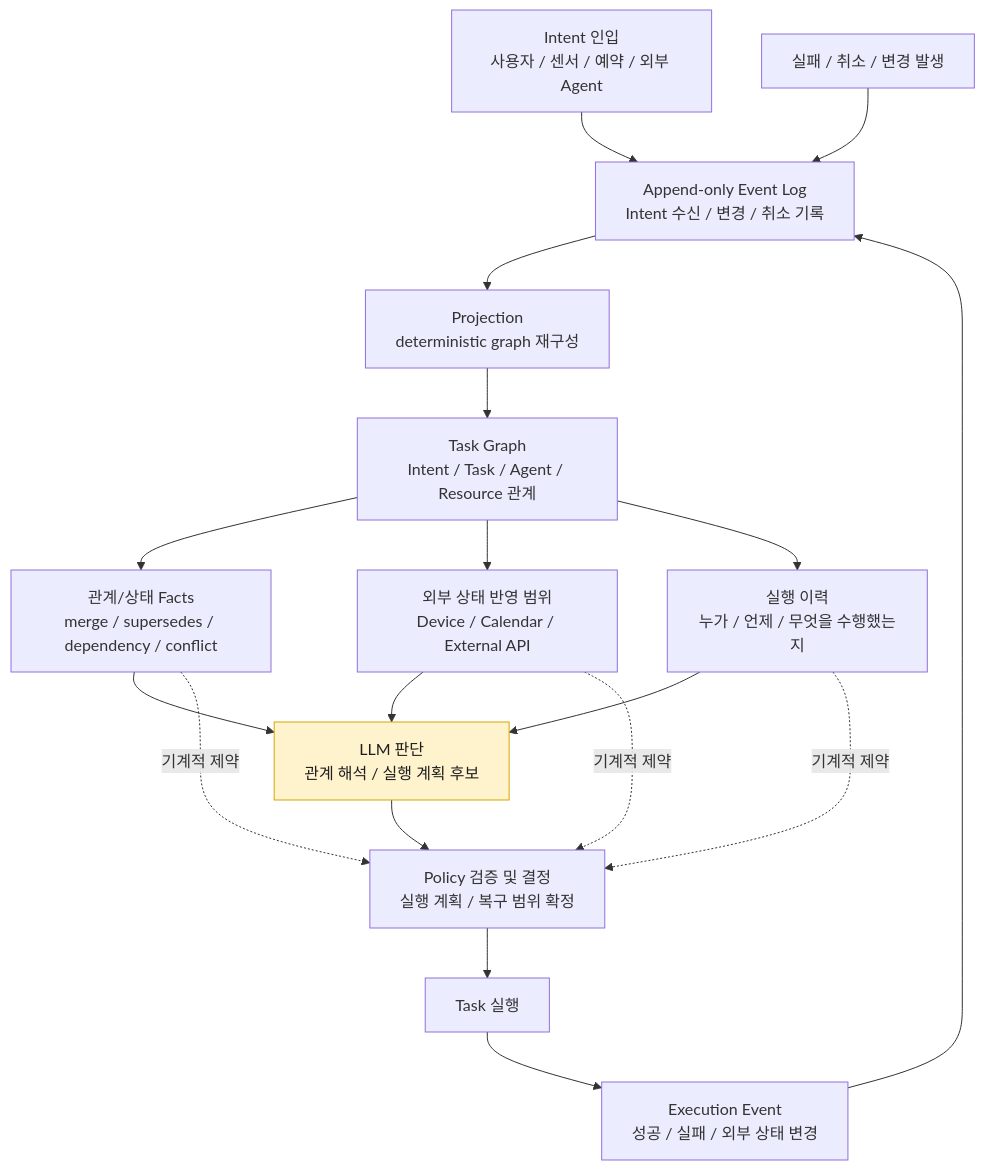
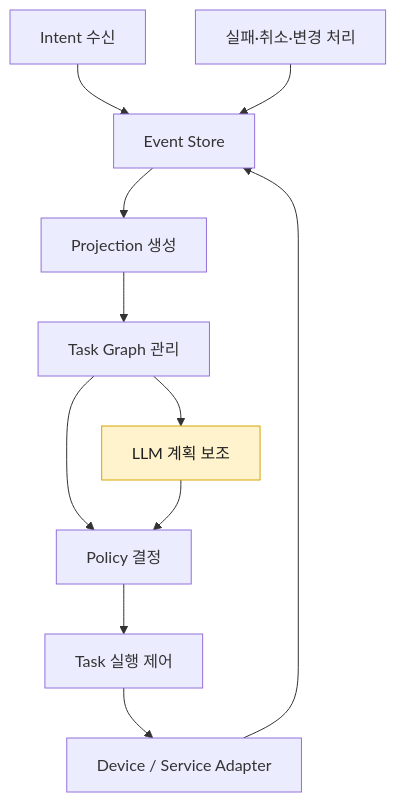
Before and after one commit to Sunwoo-Nam/architect-teamproject: the second of 2 diagrams in docs/DP 후보안/DP11-Intent 실행 흐름의 상태 모델링 및 변경·복구 범위 관리 방식.md, drawn with Mermaid. The commit also changed other lines of this file and 1 other file, not shown here.

Commit message:
Refine DP11 event-log projection docs

````diff
--- a/docs/DP 후보안/DP11-Intent 실행 흐름의 상태 모델링 및 변경·복구 범위 관리 방식.md
+++ b/docs/DP 후보안/DP11-Intent 실행 흐름의 상태 모델링 및 변경·복구 범위 관리 방식.md
@@ -79,30 +73,18 @@
 ```mermaid
 flowchart TB
     classDef llm fill:#fff3cd,stroke:#d6a600,color:#1f1f1f
 
-    I["Intent 인입<br/>사용자 / 센서 / 예약 / 외부 Agent"] --> L["Append-only Event Log<br/>Intent 수신 / 변경 / 취소 기록"]
+    A["Intent 수신"] --> B["Event Store"]
+    B --> C["Projection 생성"]
+    C --> D["Task Graph 관리"]
+    D --> E["LLM 계획 보조"]
+    D --> F["Policy 결정"]
+    E --> F
+    F --> G["Task 실행 제어"]
+    G --> H["Device / Service Adapter"]
+    H --> B
 
-    L --> P["Projection<br/>deterministic graph 재구성"]
-    P --> G["Task Graph<br/>Intent / Task / Agent / Resource 관계"]
+    I["실패·취소·변경 처리"] --> B
 
-    G --> R1["관계/상태 Facts<br/>merge / supersedes / dependency / conflict"]
-    G --> R2["외부 상태 반영 범위<br/>Device / Calendar / External API"]
-    G --> R3["실행 이력<br/>누가 / 언제 / 무엇을 수행했는지"]
-
-    R1 --> LLM["LLM 판단<br/>관계 해석 / 실행 계획 후보"]
-    R2 --> LLM
-    R3 --> LLM
-
-    LLM --> D["Policy 검증 및 결정<br/>실행 계획 / 복구 범위 확정"]
-    R1 -. "기계적 제약" .-> D
-    R2 -. "기계적 제약" .-> D
-    R3 -. "기계적 제약" .-> D
-
-    D --> T["Task 실행"]
-    T --> E["Execution Event<br/>성공 / 실패 / 외부 상태 변경"]
-    E --> L
-
-    F["실패 / 취소 / 변경 발생"] --> L
-
-    class LLM llm
+    class E llm
 ```
````
